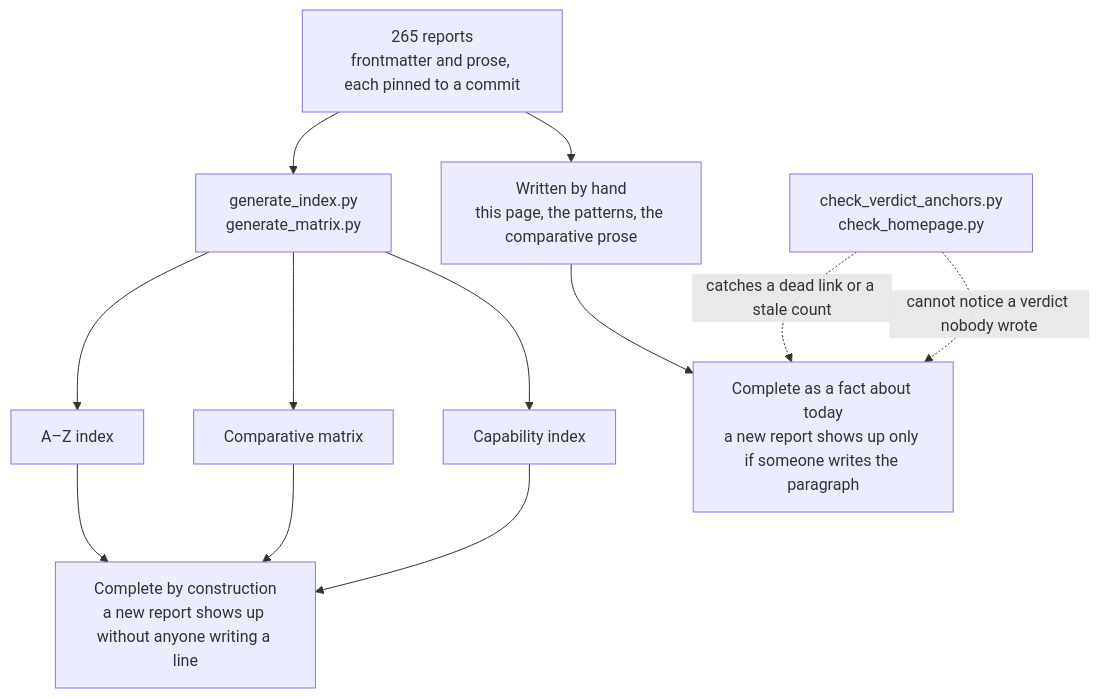
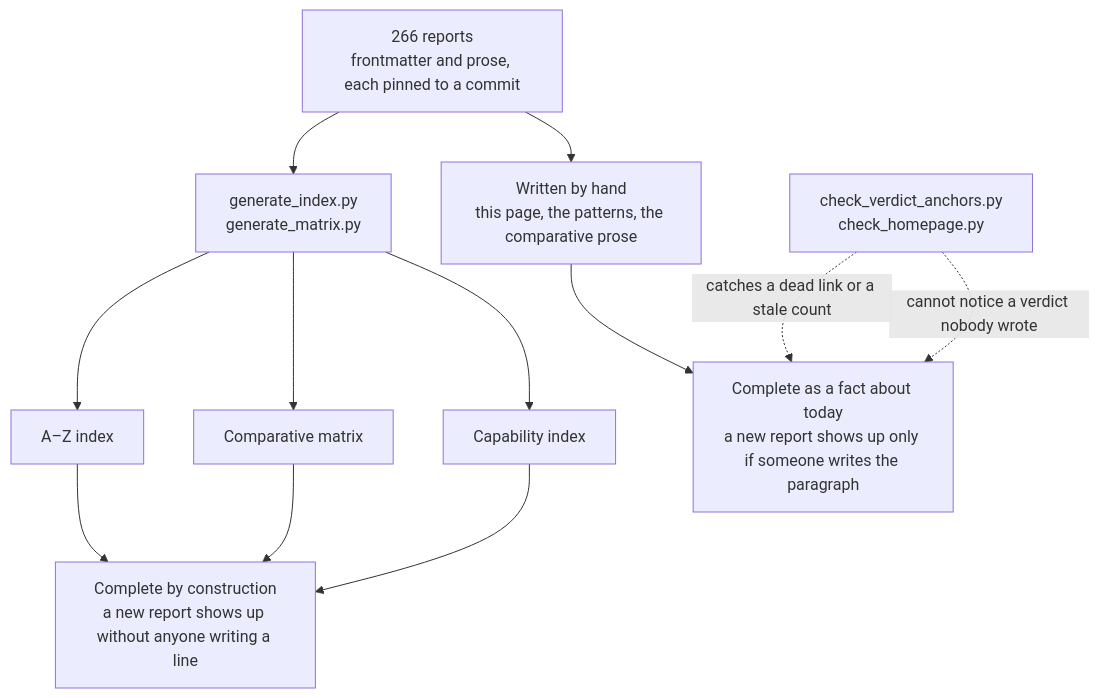
The diagram in content/verdicts.md (neoneye/agent-memory-atlas), drawn with Mermaid before and after one commit. The commit also changed other lines of this file and 19 other files, not shown here.

````diff
--- a/content/verdicts.md
+++ b/content/verdicts.md
@@ -40,15 +40,15 @@
 ```mermaid
 flowchart TD
-    R["265 reports<br/>frontmatter and prose, each pinned to a commit"]
+    R["266 reports<br/>frontmatter and prose, each pinned to a commit"]
     R --> GEN["generate_index.py<br/>generate_matrix.py"]
     R --> HAND["Written by hand<br/>this page, the patterns, the comparative prose"]
     GEN --> AZ["A–Z index"]
     GEN --> MX["Comparative matrix"]
     GEN --> CI["Capability index"]
     AZ --> CONST["Complete by construction<br/>a new report shows up without anyone writing a line"]
     MX --> CONST
     CI --> CONST
     HAND --> TODAY["Complete as a fact about today<br/>a new report shows up only if someone writes the paragraph"]
     CHK["check_verdict_anchors.py<br/>check_homepage.py"] -.->|"catches a dead link or a stale count"| TODAY
     CHK -.->|"cannot notice a verdict nobody wrote"| TODAY
 ```
````
